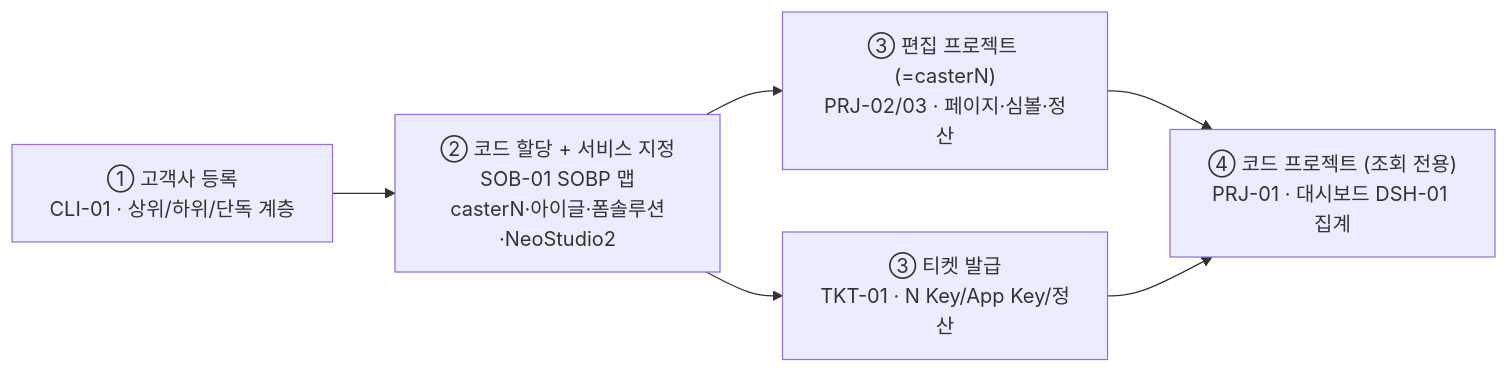
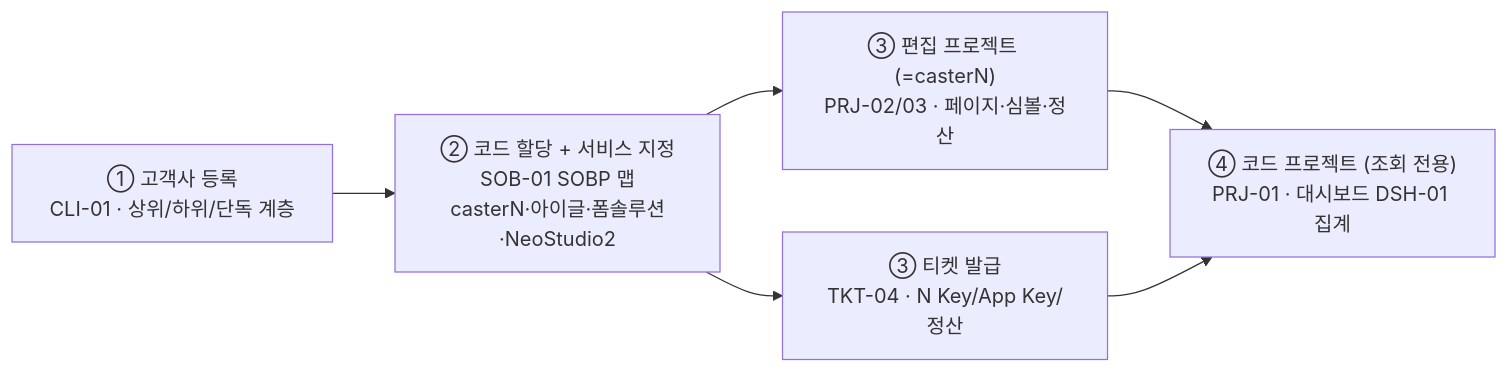
Before and after one commit to sjkim-create/NcodeCenter: the first of 2 diagrams in docs/NcodeCenter-개발팀리뷰.md, drawn with Mermaid. The commit also changed other lines of this file and 90 other files, not shown here.

````diff
--- a/docs/NcodeCenter-개발팀리뷰.md
+++ b/docs/NcodeCenter-개발팀리뷰.md
@@ -127,8 +127,8 @@
 ```mermaid
 flowchart LR
   A["① 고객사 등록<br/>CLI-01 · 상위/하위/단독 계층"] --> B["② 코드 할당 + 서비스 지정<br/>SOB-01 SOBP 맵<br/>casterN·아이글·폼솔루션·NeoStudio2"]
   B --> C["③ 편집 프로젝트 (=casterN)<br/>PRJ-02/03 · 페이지·심볼·정산"]
-  B --> D["③ 티켓 발급<br/>TKT-01 · N Key/App Key/정산"]
+  B --> D["③ 티켓 발급<br/>TKT-04 · N Key/App Key/정산"]
   C --> E["④ 코드 프로젝트 (조회 전용)<br/>PRJ-01 · 대시보드 DSH-01 집계"]
   D --> E
 ```
````
